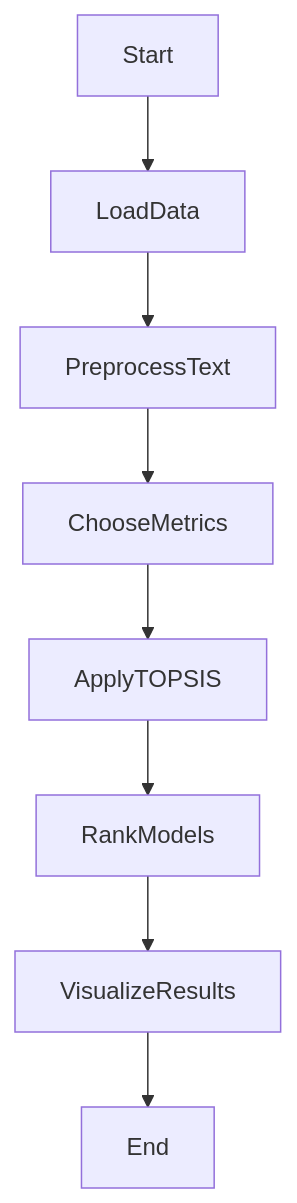
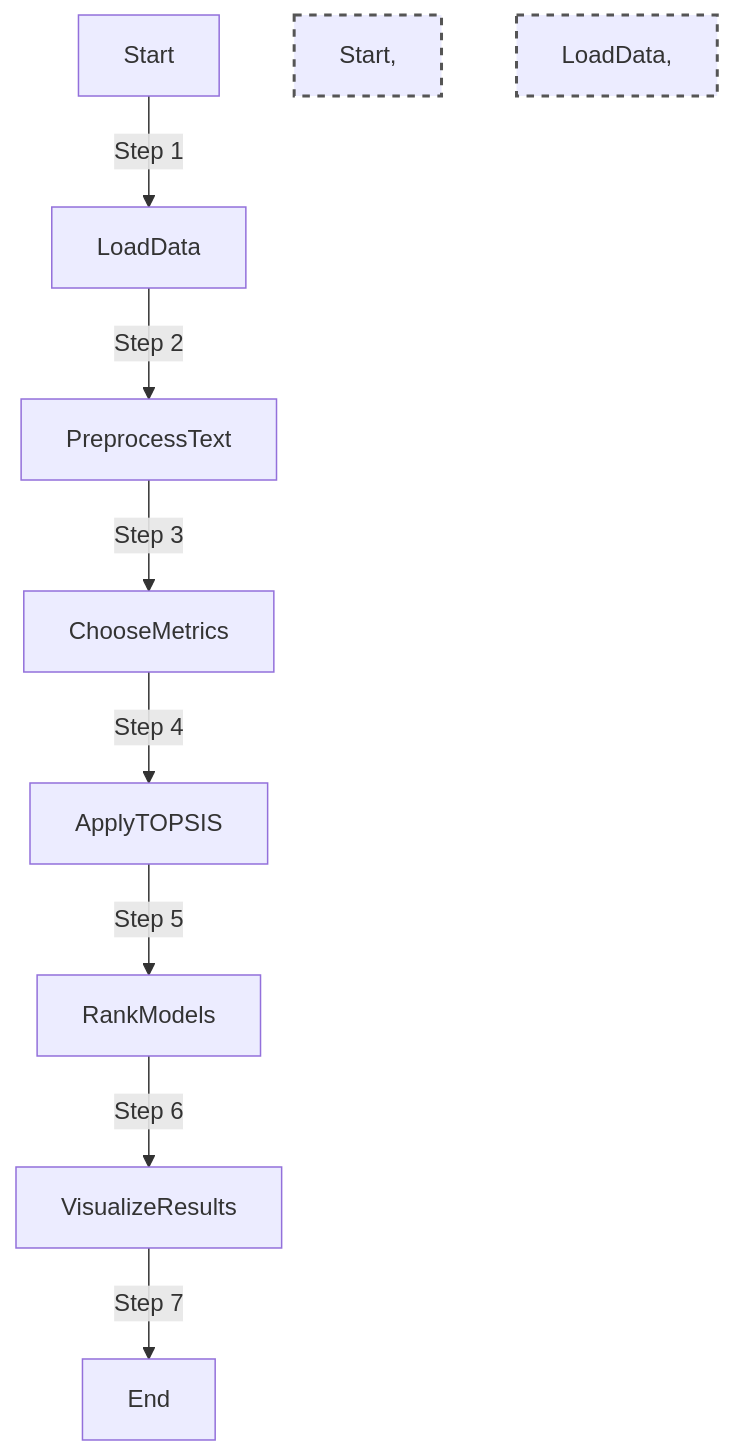
One commit to PriyalSingla/Pretrained_text_conversational_model_comparision_using_topsis changed the diagram in readme.md. Above: the diagram before and after it, drawn with Mermaid.

````diff
--- a/readme.md
+++ b/readme.md
@@ -3,10 +3,14 @@
 ```mermaid
 graph TD;
-  Start --> LoadData;
-  LoadData --> PreprocessText;
-  PreprocessText --> ChooseMetrics;
-  ChooseMetrics --> ApplyTOPSIS;
-  ApplyTOPSIS --> RankModels;
-  RankModels --> VisualizeResults;
-  VisualizeResults --> End;
+  Start -->|Step 1| LoadData;
+  LoadData -->|Step 2| PreprocessText;
+  PreprocessText -->|Step 3| ChooseMetrics;
+  ChooseMetrics -->|Step 4| ApplyTOPSIS;
+  ApplyTOPSIS -->|Step 5| RankModels;
+  RankModels -->|Step 6| VisualizeResults;
+  VisualizeResults -->|Step 7| End;
+
+style Start, End fill:#77b5e3,stroke:#555,stroke-width:2px,stroke-dasharray: 5,5;
+style LoadData, PreprocessText, ChooseMetrics, ApplyTOPSIS, RankModels, VisualizeResults fill:#8cd17d,stroke:#555,stroke-width:2px,stroke-dasharray: 5,5;
+
 ```
````
